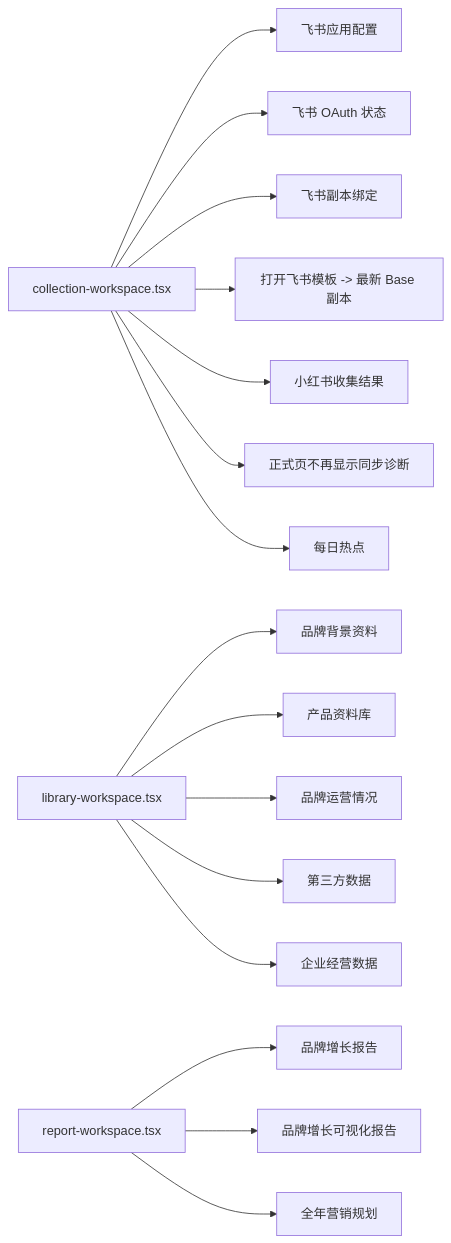
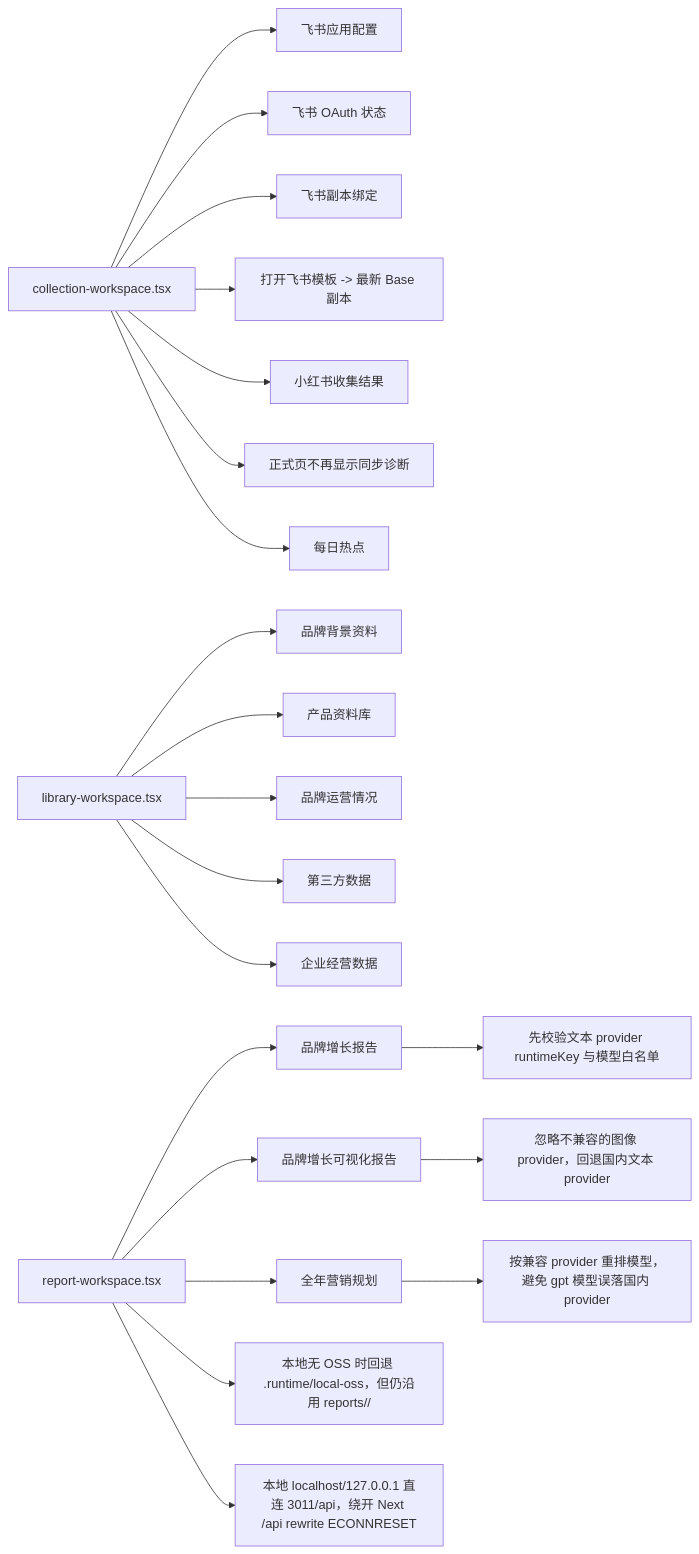
Before and after one commit to Depthukesh/ai-omni-ops-system: the fourth of 11 diagrams in docs/site-map-mermaid.md, drawn with Mermaid. The commit also changed 11 other files, not shown here.

Commit message:
fix: stabilize local brand growth report generation

````diff
--- a/docs/site-map-mermaid.md
+++ b/docs/site-map-mermaid.md
@@ -180,23 +180,28 @@
 ```mermaid
 flowchart LR
     A["collection-workspace.tsx"]
     A --> A1["飞书应用配置"]
     A --> A2["飞书 OAuth 状态"]
     A --> A3["飞书副本绑定"]
     A --> A31["打开飞书模板 -> 最新 Base 副本"]
     A --> A4["小红书收集结果"]
     A --> A41["正式页不再显示同步诊断"]
     A --> A5["每日热点"]
 
     B["library-workspace.tsx"]
     B --> B1["品牌背景资料"]
     B --> B2["产品资料库"]
     B --> B3["品牌运营情况"]
     B --> B4["第三方数据"]
     B --> B5["企业经营数据"]
 
     C["report-workspace.tsx"]
     C --> C1["品牌增长报告"]
     C --> C2["品牌增长可视化报告"]
     C --> C3["全年营销规划"]
+    C1 --> C11["先校验文本 provider runtimeKey 与模型白名单"]
+    C2 --> C12["忽略不兼容的图像 provider，回退国内文本 provider"]
+    C3 --> C13["按兼容 provider 重排模型，避免 gpt 模型误落国内 provider"]
+    C --> C14["本地无 OSS 时回退 .runtime/local-oss，但仍沿用 reports/<brandId>/<fileName>"]
+    C --> C15["本地 localhost/127.0.0.1 直连 3011/api，绕开 Next /api rewrite ECONNRESET"]
 ```
````
